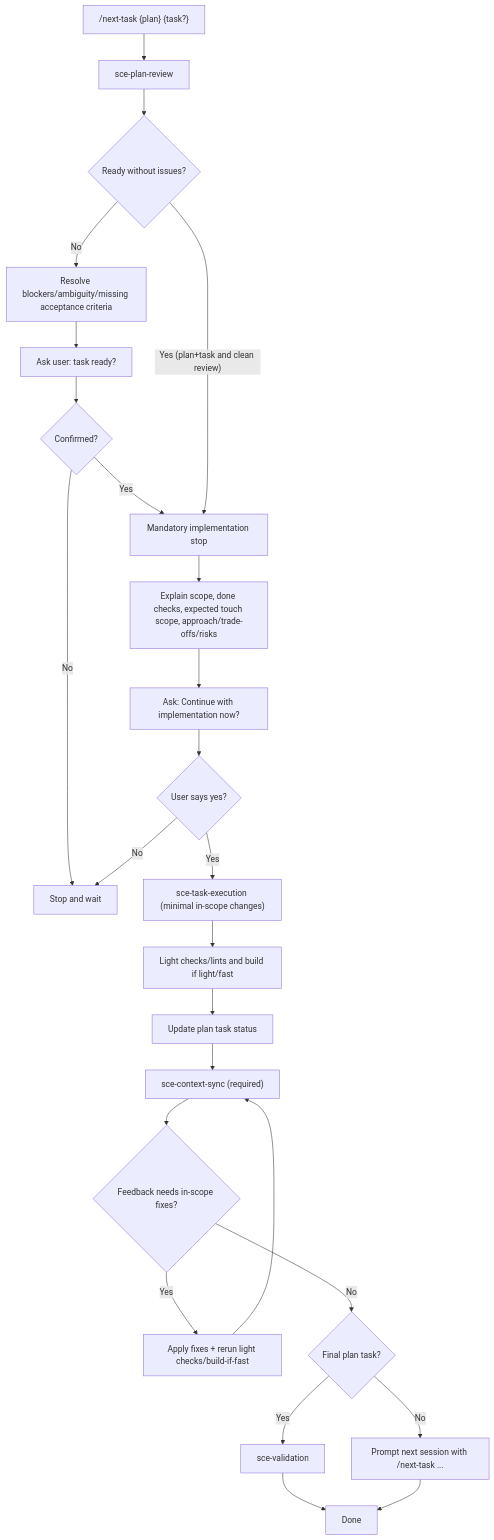
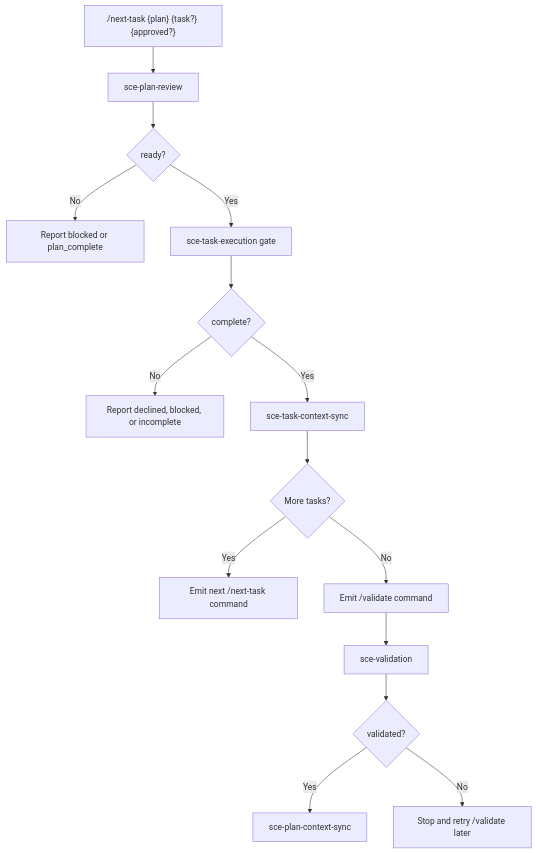
Before and after one commit to crocoder-dev/shared-context-engineering: the diagram in context/sce/shared-context-code-workflow.md, drawn with Mermaid. The commit also changed other lines of this file and 150 other files, not shown here.

````diff
--- a/context/sce/shared-context-code-workflow.md
+++ b/context/sce/shared-context-code-workflow.md
@@ -43,32 +50,17 @@
 ```mermaid
 flowchart TD
-    A["/next-task {plan} {task?}"] --> B["sce-plan-review"]
-    B --> C{"Ready without issues?"}
-
-    C -- "No" --> D["Resolve blockers/ambiguity/missing acceptance criteria"]
-    D --> E["Ask user: task ready?"]
-    E --> F{"Confirmed?"}
-    F -- "No" --> Z["Stop and wait"]
-    F -- "Yes" --> G["Mandatory implementation stop"]
-
-    C -- "Yes (plan+task and clean review)" --> G
-
-    G --> H["Explain scope, done checks, expected touch scope, approach/trade-offs/risks"]
-    H --> I["Ask: Continue with implementation now?"]
-    I --> J{"User says yes?"}
-    J -- "No" --> Z
-    J -- "Yes" --> K["sce-task-execution (minimal in-scope changes)"]
-
-    K --> L["Light checks/lints and build if light/fast"]
-    L --> M["Update plan task status"]
-    M --> N["sce-context-sync (required)"]
-
-    N --> O{"Feedback needs in-scope fixes?"}
-    O -- "Yes" --> P["Apply fixes + rerun light checks/build-if-fast"]
-    P --> N
-    O -- "No" --> Q{"Final plan task?"}
-    Q -- "Yes" --> R["sce-validation"]
-    Q -- "No" --> S["Prompt next session with /next-task ..."]
-    R --> T["Done"]
-    S --> T
+    A["/next-task {plan} {task?} {approved?}"] --> B["sce-plan-review"]
+    B --> C{"ready?"}
+    C -- "No" --> D["Report blocked or plan_complete"]
+    C -- "Yes" --> E["sce-task-execution gate"]
+    E --> F{"complete?"}
+    F -- "No" --> G["Report declined, blocked, or incomplete"]
+    F -- "Yes" --> H["sce-task-context-sync"]
+    H --> I{"More tasks?"}
+    I -- "Yes" --> J["Emit next /next-task command"]
+    I -- "No" --> K["Emit /validate command"]
+    K --> L["sce-validation"]
+    L --> M{"validated?"}
+    M -- "Yes" --> N["sce-plan-context-sync"]
+    M -- "No" --> O["Stop and retry /validate later"]
 ```
````
